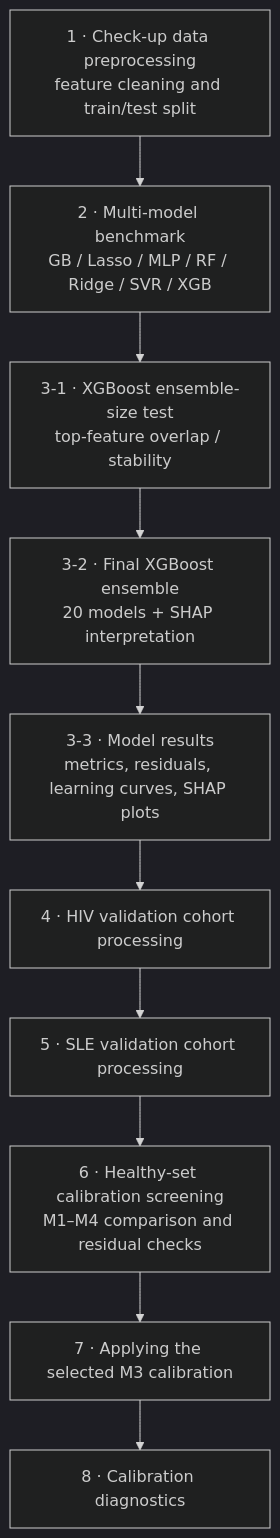
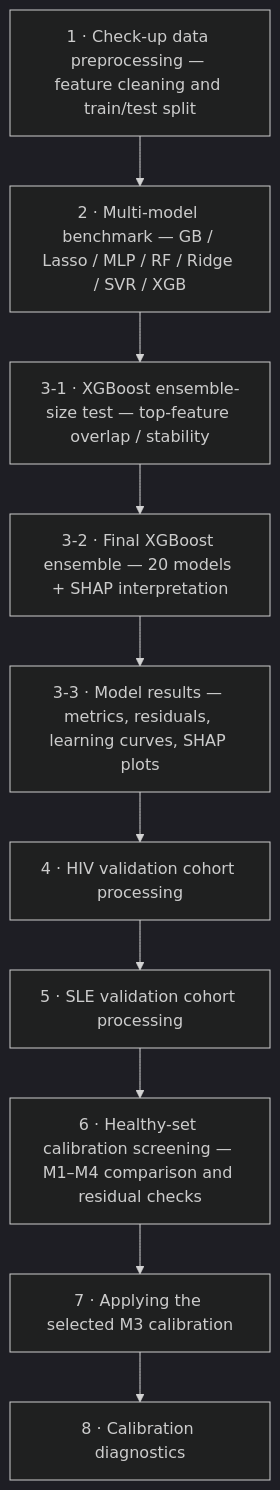
The diagram in README.md (yinxy1992/IPAgeGap), drawn with Mermaid (dark theme) before and after one commit. The commit also changed other lines of this file, not shown here.

````diff
--- a/README.md
+++ b/README.md
@@ -34,12 +34,12 @@
 ```mermaid
 flowchart TD
-    A["1 · Check-up data preprocessing<br/>feature cleaning and train/test split"] --> B["2 · Multi-model benchmark<br/>GB / Lasso / MLP / RF / Ridge / SVR / XGB"]
-    B --> C["3-1 · XGBoost ensemble-size test<br/>top-feature overlap / stability"]
-    C --> D["3-2 · Final XGBoost ensemble<br/>20 models + SHAP interpretation"]
-    D --> E["3-3 · Model results<br/>metrics, residuals, learning curves, SHAP plots"]
+    A["1 · Check-up data preprocessing — feature cleaning and train/test split"] --> B["2 · Multi-model benchmark — GB / Lasso / MLP / RF / Ridge / SVR / XGB"]
+    B --> C["3-1 · XGBoost ensemble-size test — top-feature overlap / stability"]
+    C --> D["3-2 · Final XGBoost ensemble — 20 models + SHAP interpretation"]
+    D --> E["3-3 · Model results — metrics, residuals, learning curves, SHAP plots"]
     E --> F["4 · HIV validation cohort processing"]
     F --> G["5 · SLE validation cohort processing"]
-    G --> H["6 · Healthy-set calibration screening<br/>M1–M4 comparison and residual checks"]
+    G --> H["6 · Healthy-set calibration screening — M1–M4 comparison and residual checks"]
     H --> I["7 · Applying the selected M3 calibration"]
     I --> J["8 · Calibration diagnostics"]
 ```
````
